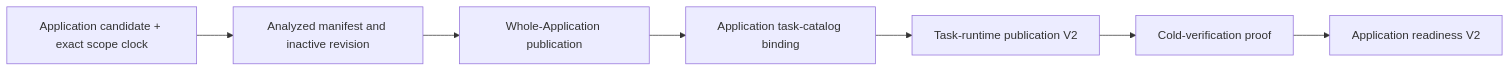
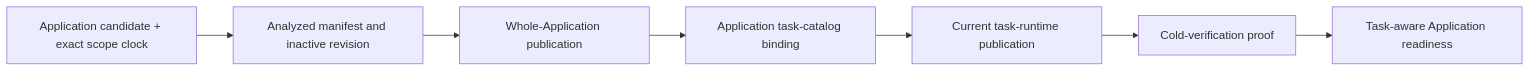
The diagram in roadmaps/durable-task-engine/preflight/42-application-task-runtime-authority.md (agmmdotdev/flarex), drawn with Mermaid before and after one commit. The commit also changed other lines of this file and 3 other files, not shown here.

Commit message:
docs: keep task runtime semantics unversioned

````diff
--- a/roadmaps/durable-task-engine/preflight/42-application-task-runtime-authority.md
+++ b/roadmaps/durable-task-engine/preflight/42-application-task-runtime-authority.md
@@ -64,9 +103,9 @@
 ```mermaid
 flowchart LR
   C["Application candidate + exact scope clock"] --> A["Analyzed manifest and inactive revision"]
   A --> P["Whole-Application publication"]
   P --> T["Application task-catalog binding"]
-  T --> R["Task-runtime publication V2"]
+  T --> R["Current task-runtime publication"]
   R --> V["Cold-verification proof"]
-  V --> D["Application readiness V2"]
+  V --> D["Task-aware Application readiness"]
 ```
````
